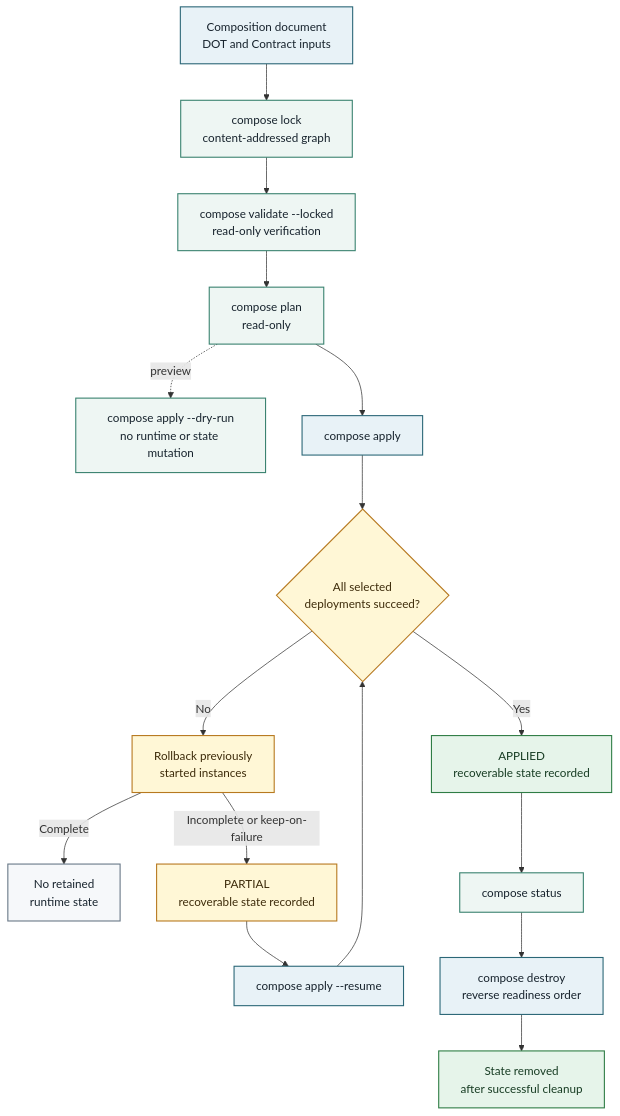
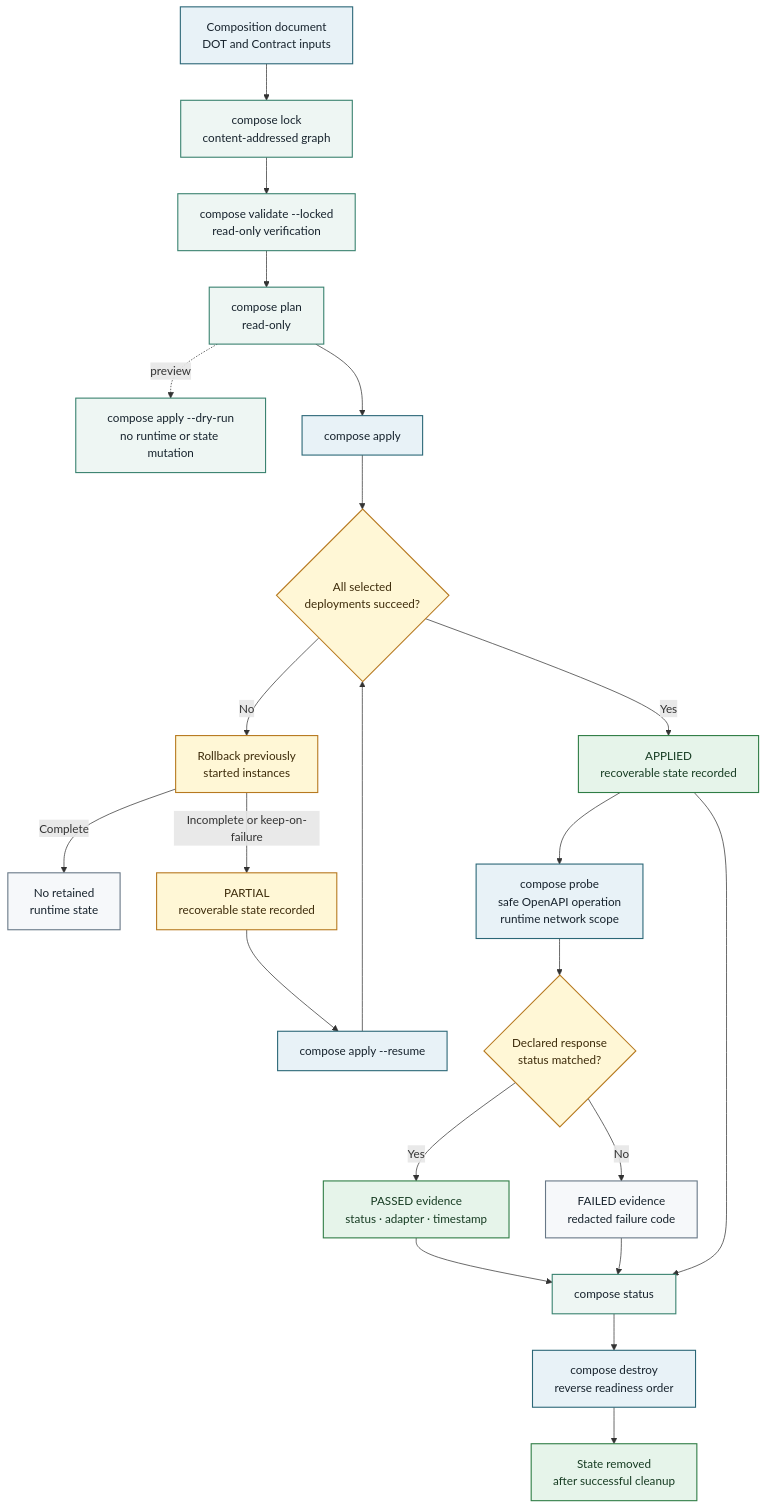
One commit to MARE-EU-Project/DOT-Docs changed the diagram in DOT-Design/0.1.0/dot-design/_attachments/diagrams/composition-lifecycle.mmd. Above: the diagram before and after it, drawn with Mermaid. The commit also changed 7 other files, not shown here.

```diff
--- a/DOT-Design/0.1.0/dot-design/_attachments/diagrams/composition-lifecycle.mmd
+++ b/DOT-Design/0.1.0/dot-design/_attachments/diagrams/composition-lifecycle.mmd
@@ -1,34 +1,40 @@
 flowchart TD
   accTitle: Composition command and recovery lifecycle
-  accDescr: Lock content-addresses the DOT-to-DOT graph, validate and plan verify it read-only, dry-run previews actions, apply records either an applied or recoverable state, and destroy removes state only after successful cleanup.
+  accDescr: Lock content-addresses the DOT-to-DOT graph, validate and plan verify it read-only, dry-run previews actions, apply records either an applied or recoverable state, safe contract probes record active evidence, and destroy removes state only after successful cleanup.
 
   Document["Composition document<br/>DOT and Contract inputs"] --> Lock["compose lock<br/>content-addressed graph"]
   Lock --> Validate["compose validate --locked<br/>read-only verification"]
   Validate --> Plan["compose plan<br/>read-only"]
   Plan -.->|preview| DryRun["compose apply --dry-run<br/>no runtime or state mutation"]
   Plan --> Apply["compose apply"]
   Apply --> Outcome{"All selected<br/>deployments succeed?"}
   Outcome -->|Yes| Applied["APPLIED<br/>recoverable state recorded"]
   Outcome -->|No| Rollback["Rollback previously<br/>started instances"]
   Rollback -->|Complete| Failed["No retained<br/>runtime state"]
   Rollback -->|Incomplete or keep-on-failure| Recoverable["PARTIAL<br/>recoverable state recorded"]
   Recoverable --> Resume["compose apply --resume"]
   Resume --> Outcome
-  Applied --> Status["compose status"]
+  Applied --> Probe["compose probe<br/>safe OpenAPI operation<br/>runtime network scope"]
+  Probe --> Evidence{"Declared response<br/>status matched?"}
+  Evidence -->|Yes| Passed["PASSED evidence<br/>status · adapter · timestamp"]
+  Evidence -->|No| ProbeFailed["FAILED evidence<br/>redacted failure code"]
+  Passed --> Status["compose status"]
+  ProbeFailed --> Status
+  Applied --> Status
   Status --> Destroy["compose destroy<br/>reverse readiness order"]
   Destroy --> Removed["State removed<br/>after successful cleanup"]
 
   classDef source fill:#e8f2f7,stroke:#2b6777,color:#17232d,stroke-width:1.5px;
   classDef readonly fill:#eef6f3,stroke:#39826f,color:#17232d,stroke-width:1.5px;
   classDef mutation fill:#e8f2f7,stroke:#2b6777,color:#17232d,stroke-width:1.5px;
   classDef decision fill:#fff7d6,stroke:#b7791f,color:#3d2b0a,stroke-width:1.5px;
   classDef success fill:#e6f4ea,stroke:#2f7d45,color:#173c23,stroke-width:1.5px;
   classDef recovery fill:#fff7d6,stroke:#b7791f,color:#3d2b0a,stroke-width:1.5px;
   classDef terminal fill:#f6f8fa,stroke:#687887,color:#17232d,stroke-width:1.5px;
   class Document source;
   class Lock,Validate,Plan,DryRun,Status readonly;
-  class Apply,Resume,Destroy mutation;
-  class Outcome decision;
-  class Applied,Removed success;
+  class Apply,Probe,Resume,Destroy mutation;
+  class Outcome,Evidence decision;
+  class Applied,Passed,Removed success;
   class Rollback,Recoverable recovery;
-  class Failed terminal;
+  class Failed,ProbeFailed terminal;
```
